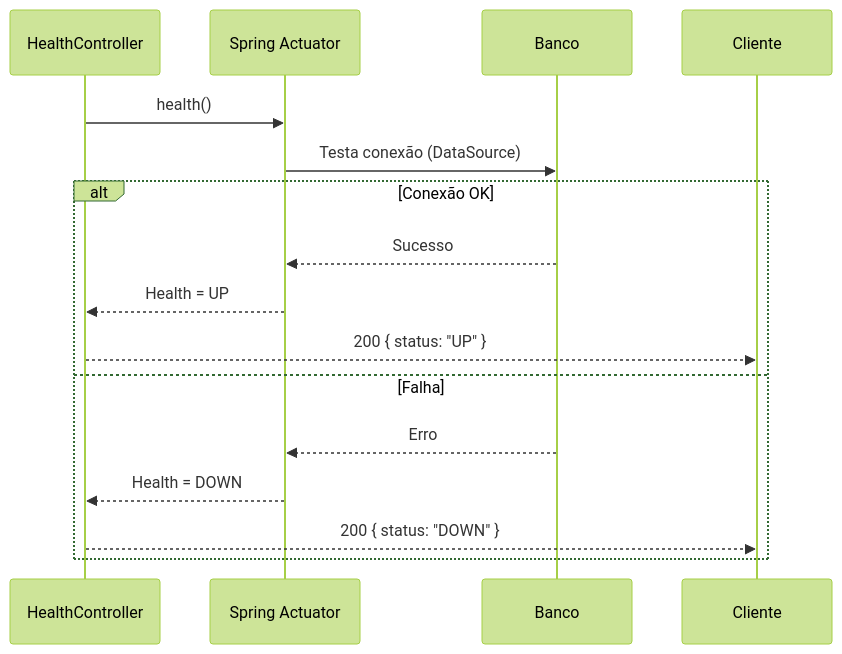
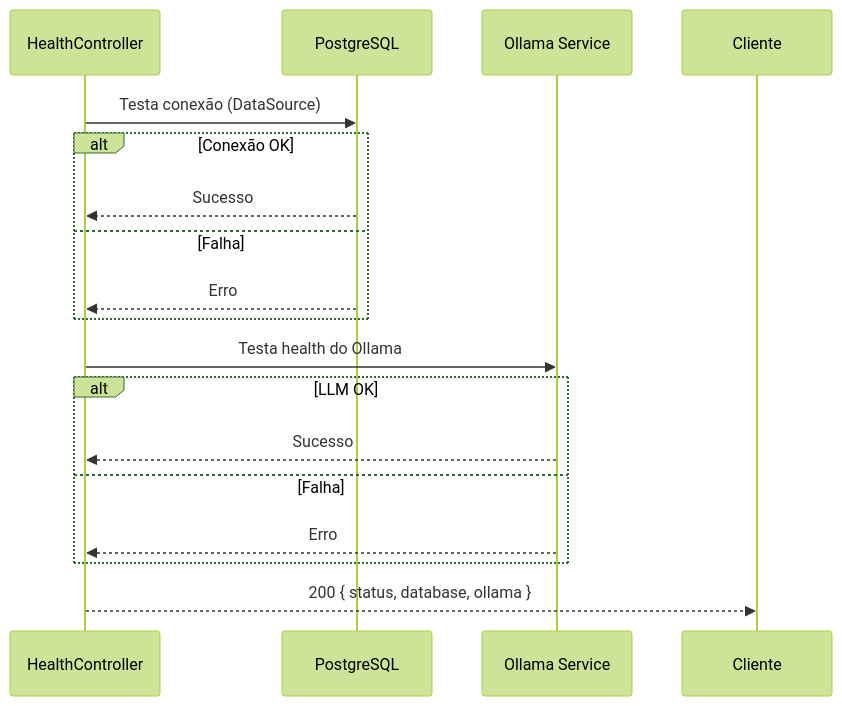
One commit to raylaferreira-coder/API_IA changed the seventh of 9 diagrams in doc/SYSTEM_DOCS_BACKEND.md. Above: the diagram before and after it, drawn with Mermaid (forest theme). The commit also changed other lines of this file, not shown here.

````diff
--- a/doc/SYSTEM_DOCS_BACKEND.md
+++ b/doc/SYSTEM_DOCS_BACKEND.md
@@ -763,18 +1168,22 @@
 ```mermaid
 sequenceDiagram
     participant Controller as HealthController
-    participant Actuator as Spring Actuator
-    participant DB as Banco
+    participant DB as PostgreSQL
+    participant Ollama as Ollama Service
 
-    Controller->>Actuator: health()
-    Actuator->>DB: Testa conexão (DataSource)
+    Controller->>DB: Testa conexão (DataSource)
     alt Conexão OK
-        DB-->>Actuator: Sucesso
-        Actuator-->>Controller: Health = UP
-        Controller-->>Cliente: 200 { status: "UP" }
+        DB-->>Controller: Sucesso
     else Falha
-        DB-->>Actuator: Erro
-        Actuator-->>Controller: Health = DOWN
-        Controller-->>Cliente: 200 { status: "DOWN" }
+        DB-->>Controller: Erro
     end
+
+    Controller->>Ollama: Testa health do Ollama
+    alt LLM OK
+        Ollama-->>Controller: Sucesso
+    else Falha
+        Ollama-->>Controller: Erro
+    end
+
+    Controller-->>Cliente: 200 { status, database, ollama }
 ```
````
